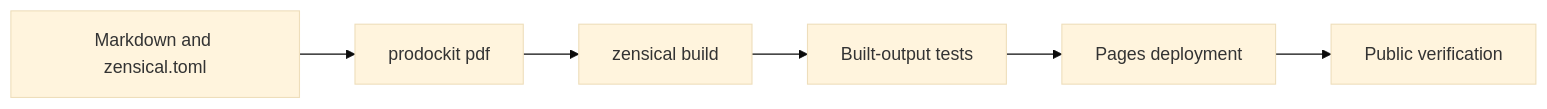
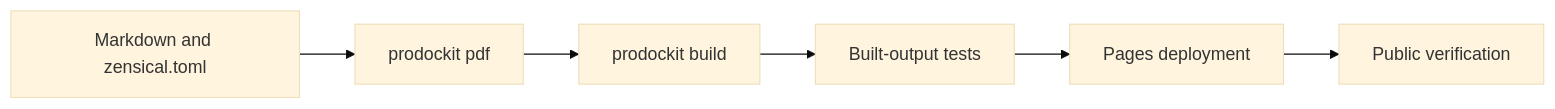
Before and after one commit to buckwem/prodockit-extensions: the diagram in docs/devcons/continuous-integration.md, drawn with Mermaid (base theme). The commit also changed other lines of this file and 13 other files, not shown here.

````diff
--- a/docs/devcons/continuous-integration.md
+++ b/docs/devcons/continuous-integration.md
@@ -122,8 +122,8 @@
 ```mermaid
 flowchart LR
     source[Markdown and zensical.toml] --> pdf[prodockit pdf]
-    pdf --> site[zensical build]
+    pdf --> site[prodockit build]
     site --> tests[Built-output tests]
     tests --> deploy[Pages deployment]
     deploy --> verify[Public verification]
 ```
````
